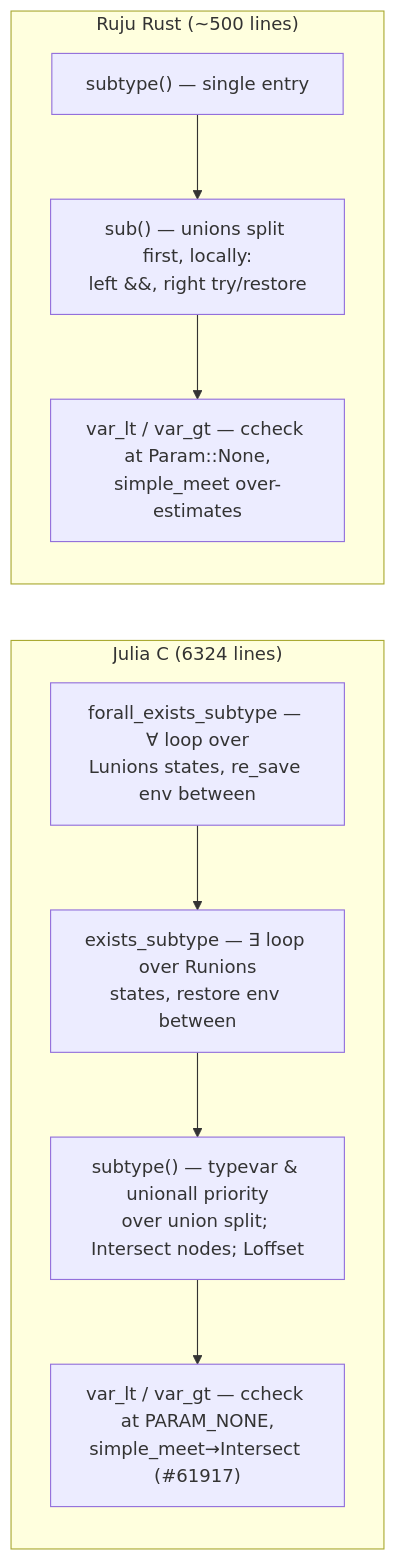
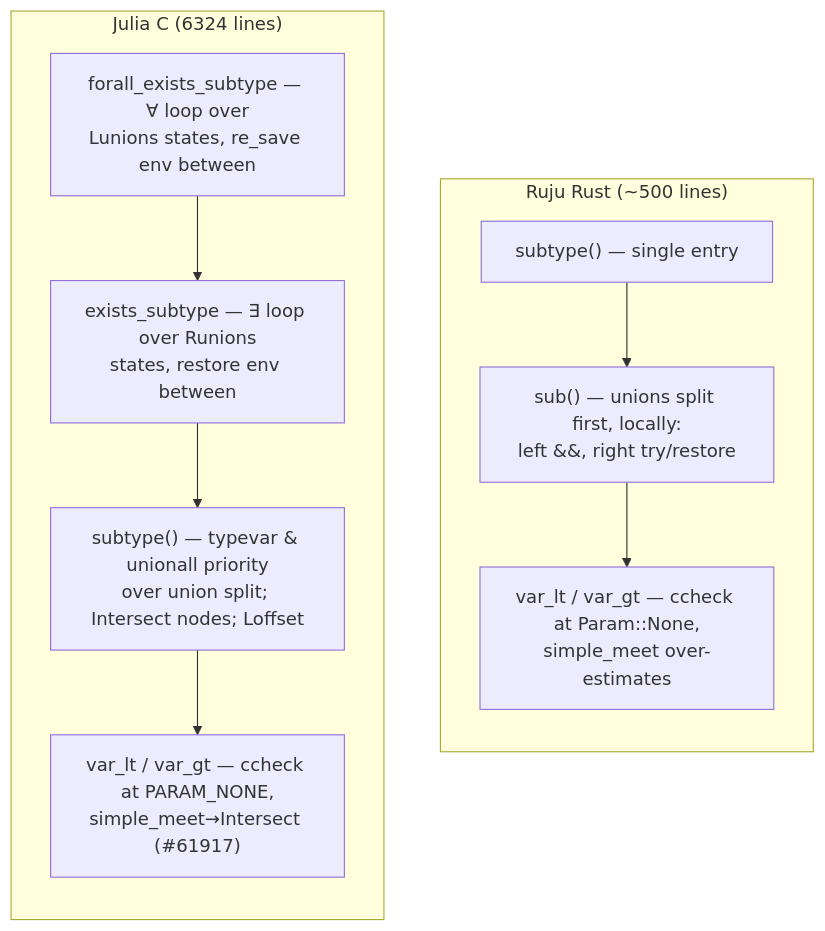
Before and after one commit to andy-emerson/Ruju: the fifth of 8 diagrams in design/implementation.md, drawn with Mermaid. The commit also changed other lines of this file and 2 other files, not shown here.

First line of the commit message:
design: Reframe frontier flexibility; trim redundancy; side-by-side diagrams

````diff
--- a/design/implementation.md
+++ b/design/implementation.md
@@ -261,16 +265,19 @@
 ```mermaid
 flowchart LR
     subgraph C["Julia C (6324 lines)"]
+        direction TB
         CF["forall_exists_subtype — ∀ loop over<br/>Lunions states, re_save env between"]
         CE["exists_subtype — ∃ loop over Runions<br/>states, restore env between"]
         CSUB["subtype() — typevar & unionall priority<br/>over union split; Intersect nodes; Loffset"]
         CV["var_lt / var_gt — ccheck at PARAM_NONE,<br/>simple_meet→Intersect (#61917)"]
         CF --> CE --> CSUB --> CV
     end
     subgraph R["Ruju Rust (~500 lines)"]
+        direction TB
         RS2["subtype() — single entry"]
         RSUB["sub() — unions split first, locally:<br/>left &&, right try/restore"]
         RV["var_lt / var_gt — ccheck at Param::None,<br/>simple_meet over-estimates"]
         RS2 --> RSUB --> RV
     end
+    C ~~~ R
 ```
````
